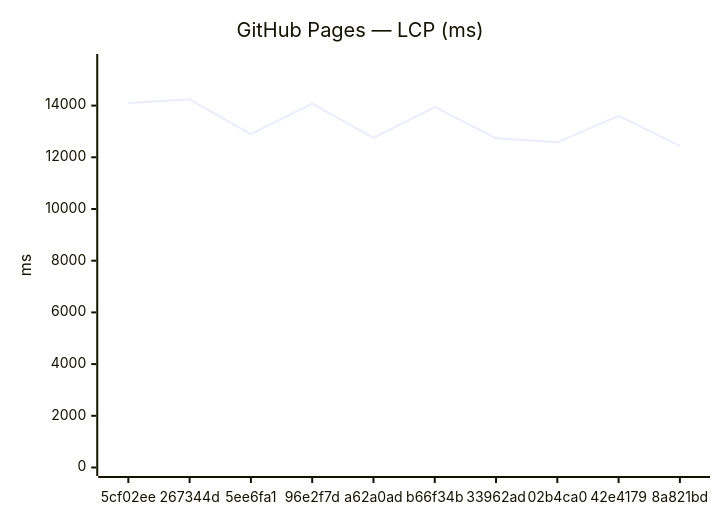
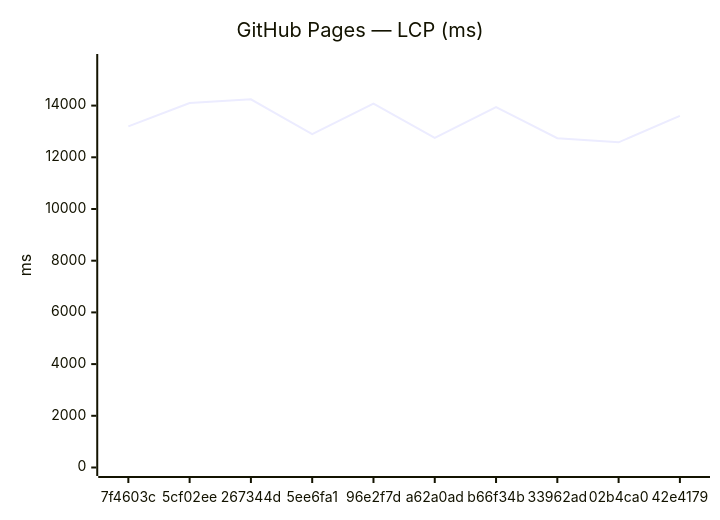
Before and after one commit to Metaheurist/Rianell: the third of 18 diagrams in benchmarks/compare.md, drawn with Mermaid. The commit also changed other lines of this file and 11 other files, not shown here.

````diff
--- a/benchmarks/compare.md
+++ b/benchmarks/compare.md
@@ -54,7 +54,7 @@
 ```mermaid
 xychart-beta
     title "GitHub Pages — LCP (ms)"
-    x-axis ["5cf02ee", "267344d", "5ee6fa1", "96e2f7d", "a62a0ad", "b66f34b", "33962ad", "02b4ca0", "42e4179", "8a821bd"]
+    x-axis ["7f4603c", "5cf02ee", "267344d", "5ee6fa1", "96e2f7d", "a62a0ad", "b66f34b", "33962ad", "02b4ca0", "42e4179"]
     y-axis "ms" 0 --> 15667
-    line [14098, 14242, 12895, 14078, 12749, 13943, 12738, 12578, 13605, 12438]
+    line [13197, 14098, 14242, 12895, 14078, 12749, 13943, 12738, 12578, 13605]
 ```
````
